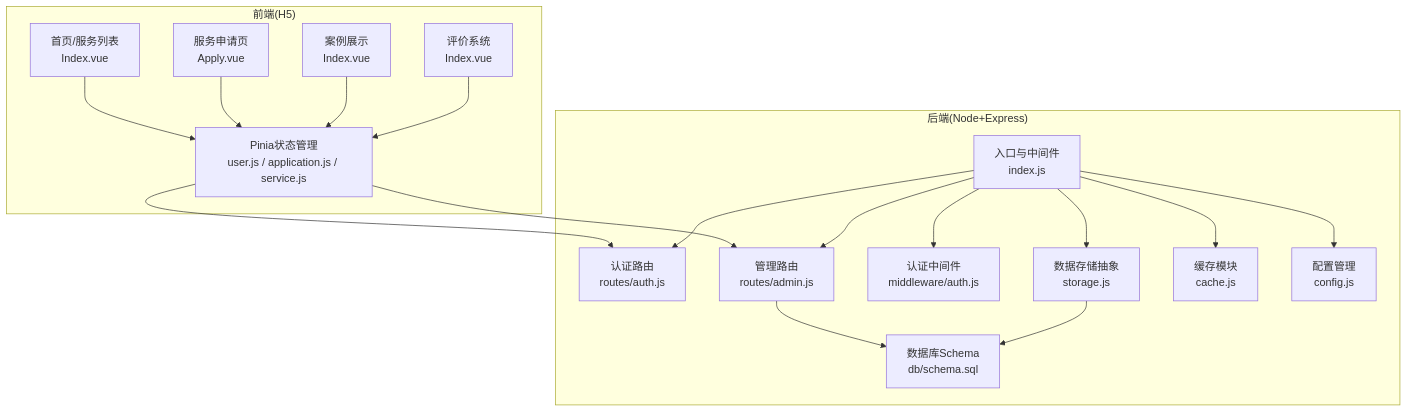
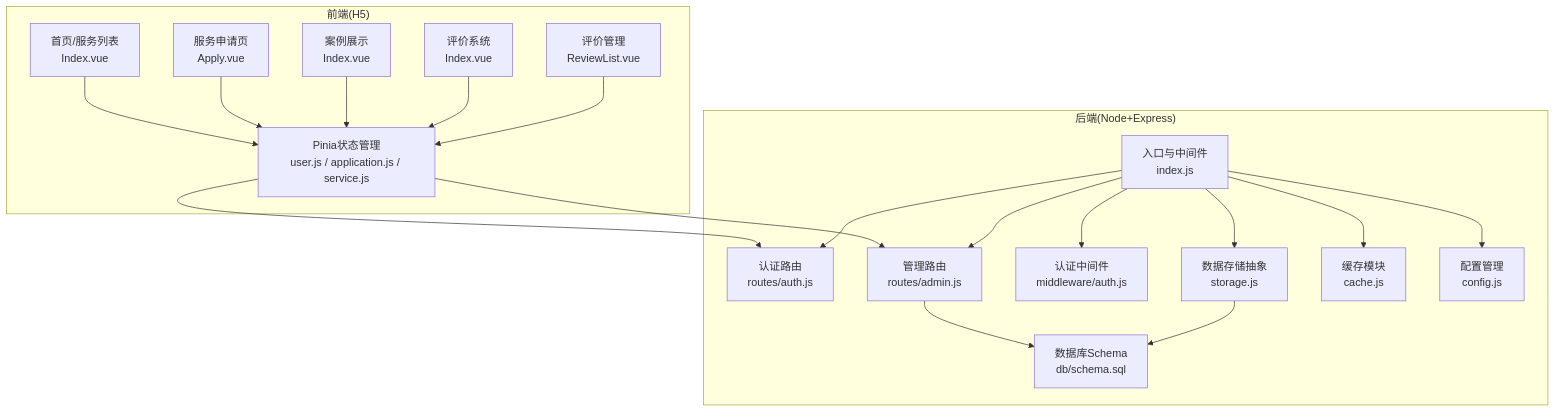
One commit to Giraffe-Han/microAPP changed the first of 15 diagrams in .qoder/repowiki/zh/content/业务功能模块/业务功能模块.md. Above: the diagram before and after it, drawn with Mermaid. The commit also changed other lines of this file and 10 other files, not shown here.

````diff
--- a/.qoder/repowiki/zh/content/业务功能模块/业务功能模块.md
+++ b/.qoder/repowiki/zh/content/业务功能模块/业务功能模块.md
@@ -40,34 +42,36 @@
 ```mermaid
 graph TB
 subgraph "前端(H5)"
 FE_Home["首页/服务列表<br/>Index.vue"]
 FE_Apply["服务申请页<br/>Apply.vue"]
 FE_Cases["案例展示<br/>Index.vue"]
 FE_Reviews["评价系统<br/>Index.vue"]
+FE_AdminReviews["评价管理<br/>ReviewList.vue"]
 FE_Stores["Pinia状态管理<br/>user.js / application.js / service.js"]
 end
 subgraph "后端(Node+Express)"
 BE_Index["入口与中间件<br/>index.js"]
 BE_RAuth["认证路由<br/>routes/auth.js"]
 BE_RAdmin["管理路由<br/>routes/admin.js"]
 BE_MAuth["认证中间件<br/>middleware/auth.js"]
 BE_Storage["数据存储抽象<br/>storage.js"]
 BE_Cache["缓存模块<br/>cache.js"]
 BE_DB["数据库Schema<br/>db/schema.sql"]
 BE_Config["配置管理<br/>config.js"]
 end
 FE_Home --> FE_Stores
 FE_Apply --> FE_Stores
 FE_Cases --> FE_Stores
 FE_Reviews --> FE_Stores
+FE_AdminReviews --> FE_Stores
 FE_Stores --> BE_RAuth
 FE_Stores --> BE_RAdmin
 BE_Index --> BE_RAuth
 BE_Index --> BE_RAdmin
 BE_Index --> BE_MAuth
 BE_Index --> BE_Storage
 BE_Index --> BE_Cache
 BE_Index --> BE_Config
 BE_RAdmin --> BE_DB
 BE_Storage --> BE_DB
 ```
````
